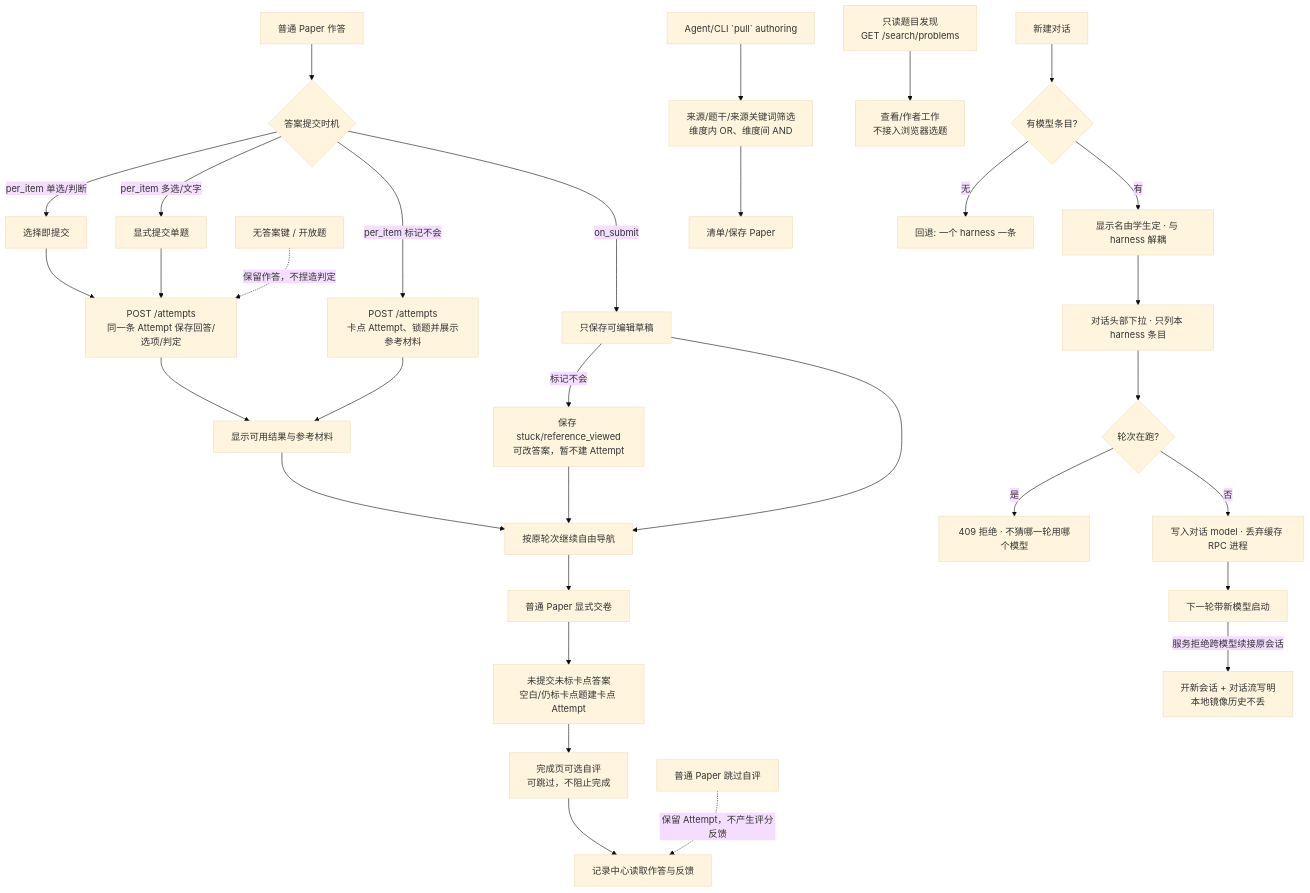
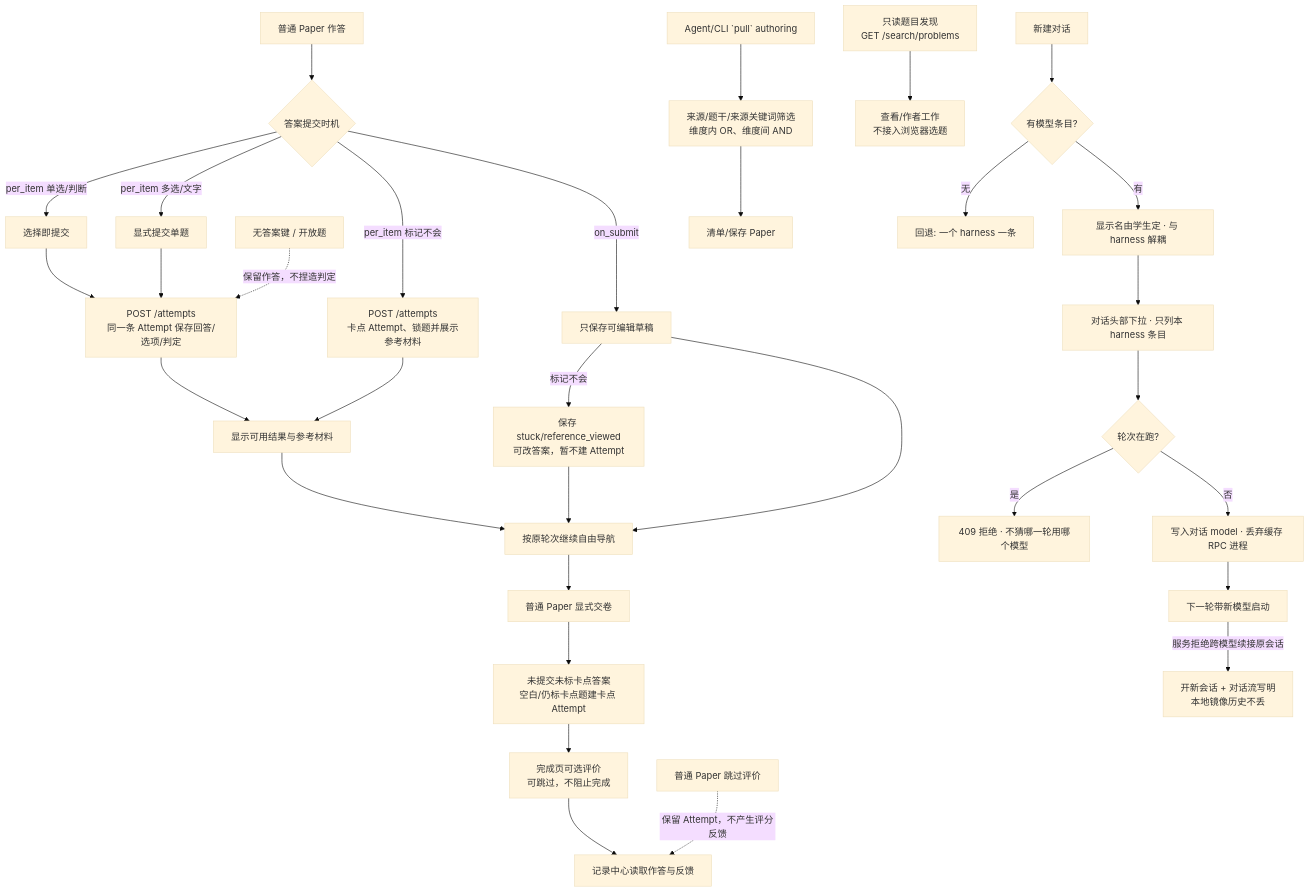
The seventh of 12 diagrams in docs/action-graph/L4-workflows.md (Amazinnn/Lesson-Kit), drawn with Mermaid (base theme) before and after one commit. The commit also changed other lines of this file and 40 other files, not shown here.

````diff
--- a/docs/action-graph/L4-workflows.md
+++ b/docs/action-graph/L4-workflows.md
@@ -222,35 +222,35 @@
 ```mermaid
 flowchart TD
   A[普通 Paper 作答] --> B{答案提交时机}
   B -- per_item 单选/判断 --> C[选择即提交]
   B -- per_item 多选/文字 --> D[显式提交单题]
   B -- per_item 标记不会 --> C0[POST /attempts<br/>卡点 Attempt、锁题并展示参考材料]
   B -- on_submit --> E[只保存可编辑草稿]
   E -- 标记不会 --> E0[保存 stuck/reference_viewed<br/>可改答案，暂不建 Attempt]
   C & D --> F[POST /attempts<br/>同一条 Attempt 保存回答/选项/判定]
   C0 --> G[显示可用结果与参考材料]
   F --> G[显示可用结果与参考材料]
   G --> H[按原轮次继续自由导航]
   E --> H
   E0 --> H
   H --> I[普通 Paper 显式交卷]
   I --> I0[未提交未标卡点答案<br/>空白/仍标卡点题建卡点 Attempt]
-  I0 --> J[完成页可选自评<br/>可跳过，不阻止完成]
+  I0 --> J[完成页可选评价<br/>可跳过，不阻止完成]
   J --> K[记录中心读取作答与反馈]
   X0[无答案键 / 开放题] -.保留作答，不捏造判定.-> F
-  X1[普通 Paper 跳过自评] -.保留 Attempt，不产生评分反馈.-> K
+  X1[普通 Paper 跳过评价] -.保留 Attempt，不产生评分反馈.-> K
 
   A1[Agent/CLI `pull` authoring] --> A2[来源/题干/来源关键词筛选<br/>维度内 OR、维度间 AND]
   A2 --> A3[清单/保存 Paper]
   A4[只读题目发现<br/>GET /search/problems] --> A5[查看/作者工作<br/>不接入浏览器选题]
 
   M1[新建对话] --> M2{有模型条目?}
   M2 -- 无 --> M3[回退: 一个 harness 一条]
   M2 -- 有 --> M4[显示名由学生定 · 与 harness 解耦]
   M4 --> M5[对话头部下拉 · 只列本 harness 条目]
   M5 --> M6{轮次在跑?}
   M6 -- 是 --> M7[409 拒绝 · 不猜哪一轮用哪个模型]
   M6 -- 否 --> M8[写入对话 model · 丢弃缓存 RPC 进程]
   M8 --> M9[下一轮带新模型启动]
   M9 -- 服务拒绝跨模型续接原会话 --> M10[开新会话 + 对话流写明<br/>本地镜像历史不丢]
 ```
````
